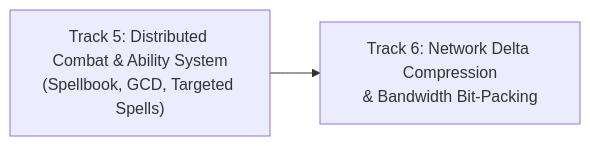
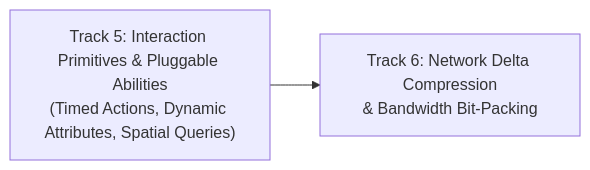
Before and after one commit to Jakousa/rust-server: the diagram in ROADMAP.md, drawn with Mermaid. The commit also changed other lines of this file and 1 other file, not shown here.

Commit message:
docs: formalize core engine philosophy, genre-agnostic principles, and pluggable architecture

````diff
--- a/ROADMAP.md
+++ b/ROADMAP.md
@@ -65,4 +65,4 @@
 ```mermaid
 flowchart LR
-    T5["Track 5: Distributed Combat & Ability System\n(Spellbook, GCD, Targeted Spells)"] --> T6["Track 6: Network Delta Compression\n& Bandwidth Bit-Packing"]
+    T5["Track 5: Interaction Primitives & Pluggable Abilities\n(Timed Actions, Dynamic Attributes, Spatial Queries)"] --> T6["Track 6: Network Delta Compression\n& Bandwidth Bit-Packing"]
 ```
````
